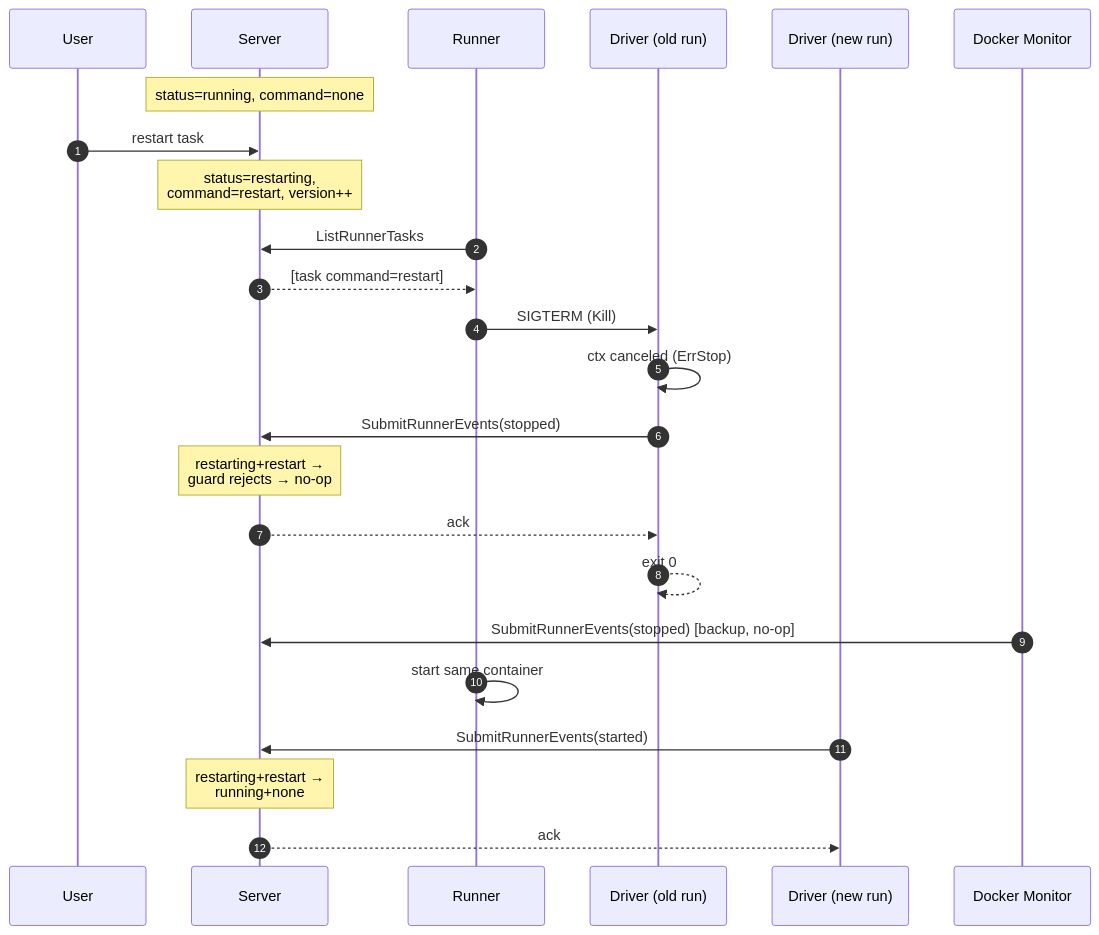
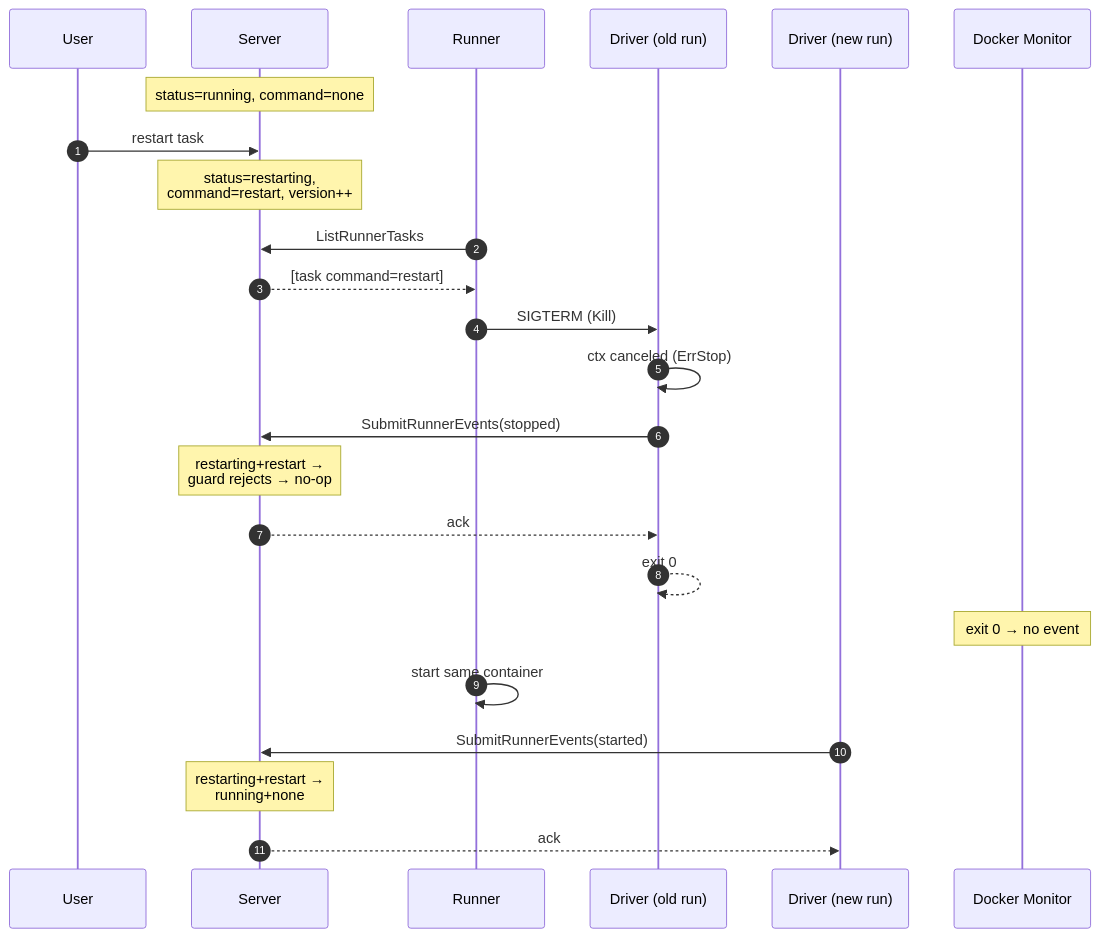
The sixth of 9 diagrams in proposals/accepted/driver-owned-events.md (icholy/xagent), drawn with Mermaid before and after one commit. The commit also changed other lines of this file, not shown here.

First line of the commit message:
proposal: emit runner events only when the driver cannot report

````diff
--- a/proposals/accepted/driver-owned-events.md
+++ b/proposals/accepted/driver-owned-events.md
@@ -206,27 +203,27 @@
 ```mermaid
 sequenceDiagram
     autonumber
     participant U as User
     participant S as Server
     participant R as Runner
     participant D1 as Driver (old run)
     participant D2 as Driver (new run)
     participant M as Docker Monitor
 
     Note over S: status=running, command=none
     U->>S: restart task
     Note over S: status=restarting,<br/>command=restart, version++
     R->>S: ListRunnerTasks
     S-->>R: [task command=restart]
     R->>D1: SIGTERM (Kill)
     D1->>D1: ctx canceled (ErrStop)
     D1->>S: SubmitRunnerEvents(stopped)
     Note over S: restarting+restart →<br/>guard rejects → no-op
     S-->>D1: ack
     D1-->>D1: exit 0
-    M->>S: SubmitRunnerEvents(stopped) [backup, no-op]
+    Note over M: exit 0 → no event
     R->>R: start same container
     D2->>S: SubmitRunnerEvents(started)
     Note over S: restarting+restart →<br/>running+none
     S-->>D2: ack
 ```
````
